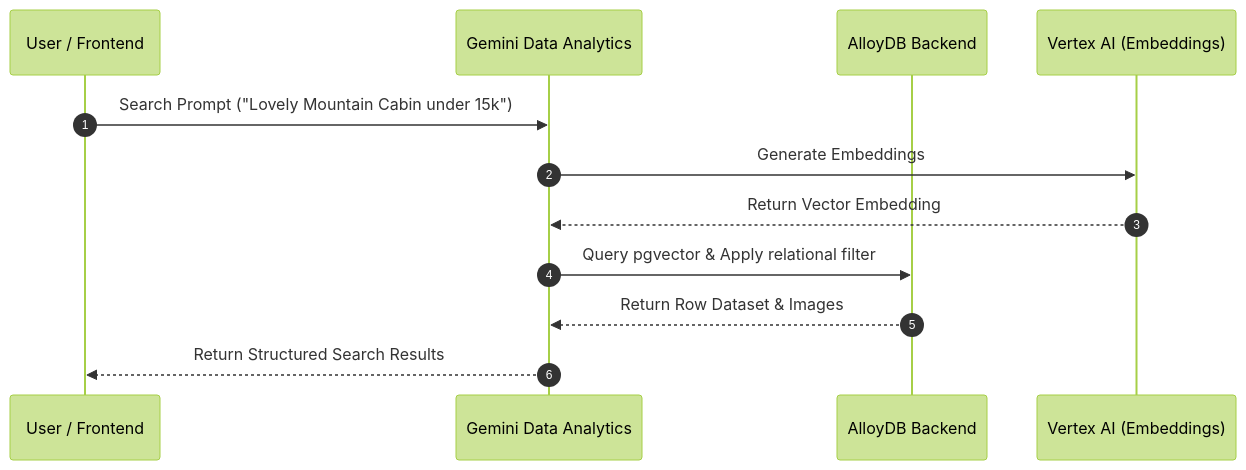
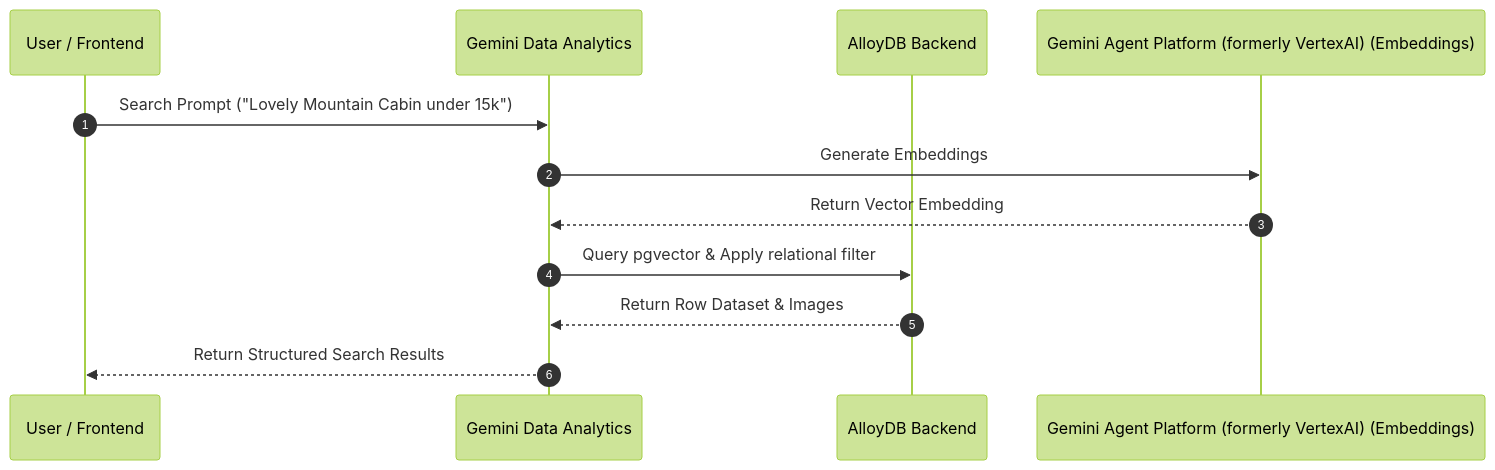
The diagram in labs/03_fullstack_ai_app_property_search/user_guide.md (kupp0/google-dach-summit26-database-labs), drawn with Mermaid (forest theme) before and after one commit. The commit also changed other lines of this file and 2 other files, not shown here.

Commit message:
docs: rename Vertex AI references to Gemini Agent Platform (formerly VertexAI)

````diff
--- a/labs/03_fullstack_ai_app_property_search/user_guide.md
+++ b/labs/03_fullstack_ai_app_property_search/user_guide.md
@@ -21,15 +21,15 @@
 ```mermaid
 sequenceDiagram
     autonumber
     participant User as User / Frontend
     participant GDA as Gemini Data Analytics
     participant ADB as AlloyDB Backend
-    participant VAI as Vertex AI (Embeddings)
+    participant VAI as Gemini Agent Platform (formerly VertexAI) (Embeddings)
 
     User->>GDA: Search Prompt ("Lovely Mountain Cabin under 15k")
     GDA->>VAI: Generate Embeddings
     VAI-->>GDA: Return Vector Embedding
     GDA->>ADB: Query pgvector & Apply relational filter
     ADB-->>GDA: Return Row Dataset & Images
     GDA-->>User: Return Structured Search Results
 ```
````
